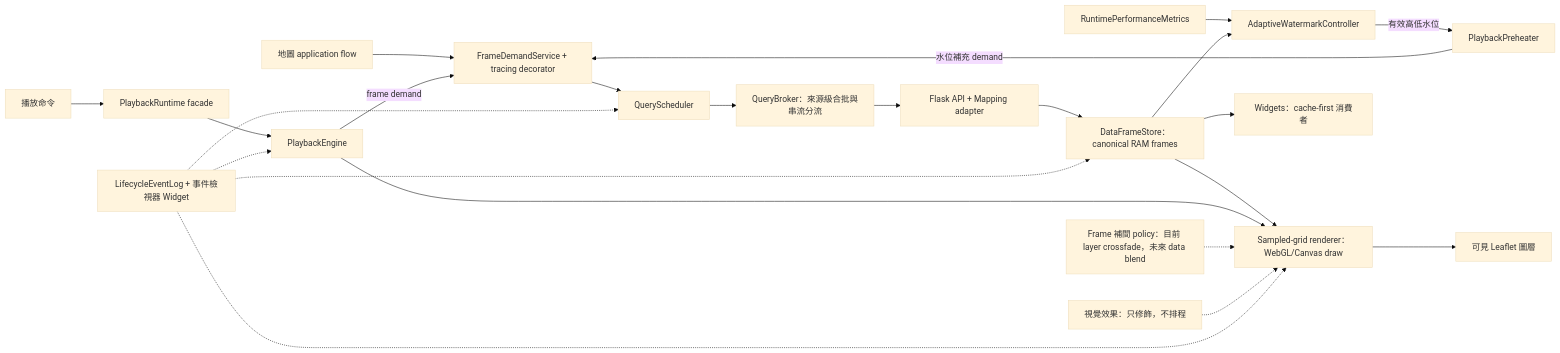
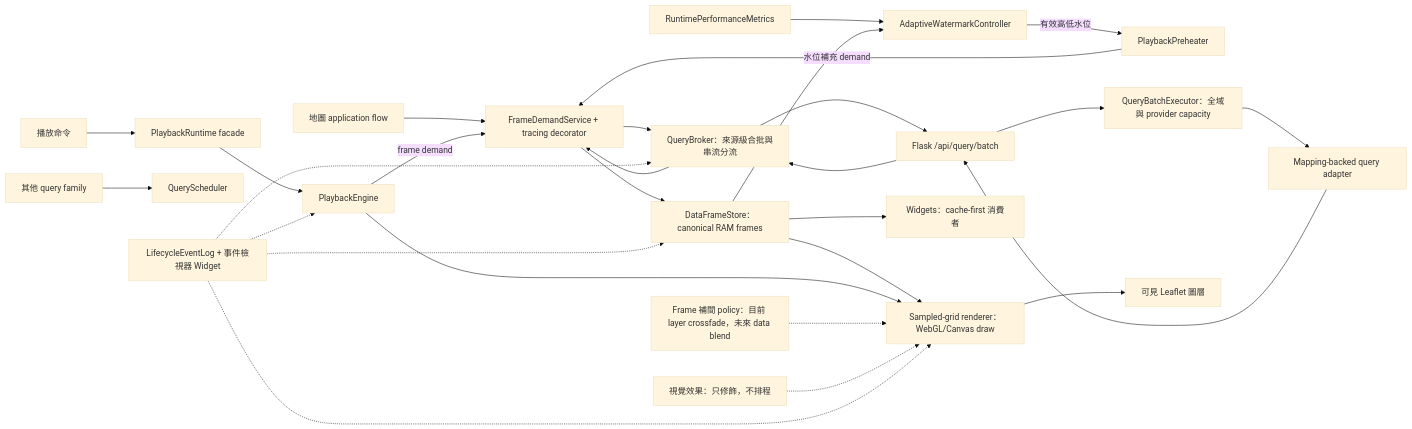
Before and after one commit to Kagamihara-Ruruka/gfw-flask-mysql-adapter: the second of 5 diagrams in README.zh-TW.md, drawn with Mermaid (base theme). The commit also changed other lines of this file and 25 other files, not shown here.

````diff
--- a/README.zh-TW.md
+++ b/README.zh-TW.md
@@ -229,25 +230,30 @@
 ```mermaid
 flowchart LR
   UI["播放命令"] --> Runtime["PlaybackRuntime facade"]
   Runtime --> Engine["PlaybackEngine"]
   MapApp["地圖 application flow"] --> Demand["FrameDemandService + tracing decorator"]
   Engine -->|"frame demand"| Demand
   Preheater["PlaybackPreheater"] -->|"水位補充 demand"| Demand
   Metrics["RuntimePerformanceMetrics"] --> Watermark["AdaptiveWatermarkController"]
   Store --> Watermark
   Watermark -->|"有效高低水位"| Preheater
-  Demand --> Scheduler["QueryScheduler"]
-  Scheduler --> Broker["QueryBroker：來源級合批與串流分流"]
-  Broker --> Adapter["Flask API + Mapping adapter"]
-  Adapter --> Store["DataFrameStore：canonical RAM frames"]
+  Demand --> Broker["QueryBroker：來源級合批與串流分流"]
+  Broker --> API["Flask /api/query/batch"]
+  API --> Batch["QueryBatchExecutor：全域與 provider capacity"]
+  Batch --> Adapter["Mapping-backed query adapter"]
+  Adapter --> API
+  API --> Broker
+  Broker --> Demand
+  Demand --> Store["DataFrameStore：canonical RAM frames"]
+  Other["其他 query family"] --> Scheduler["QueryScheduler"]
   Store --> Renderer["Sampled-grid renderer：WebGL/Canvas draw"]
   Store --> Widgets["Widgets：cache-first 消費者"]
   Engine --> Renderer
   Interp["Frame 補間 policy：目前 layer crossfade，未來 data blend"] -.-> Renderer
   Effects["視覺效果：只修飾，不排程"] -.-> Renderer
   Renderer --> Map["可見 Leaflet 圖層"]
   Events["LifecycleEventLog + 事件檢視器 Widget"] -.-> Engine
-  Events -.-> Scheduler
+  Events -.-> Broker
   Events -.-> Store
   Events -.-> Renderer
 ```
````
